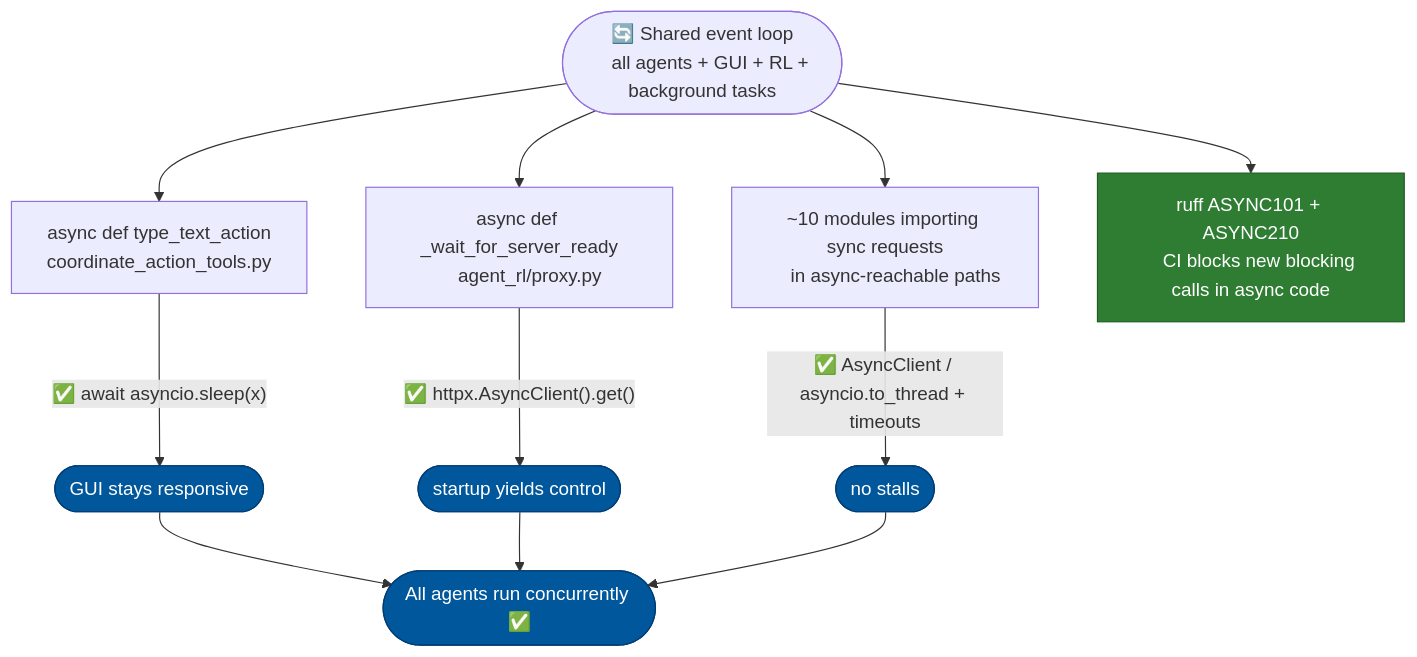
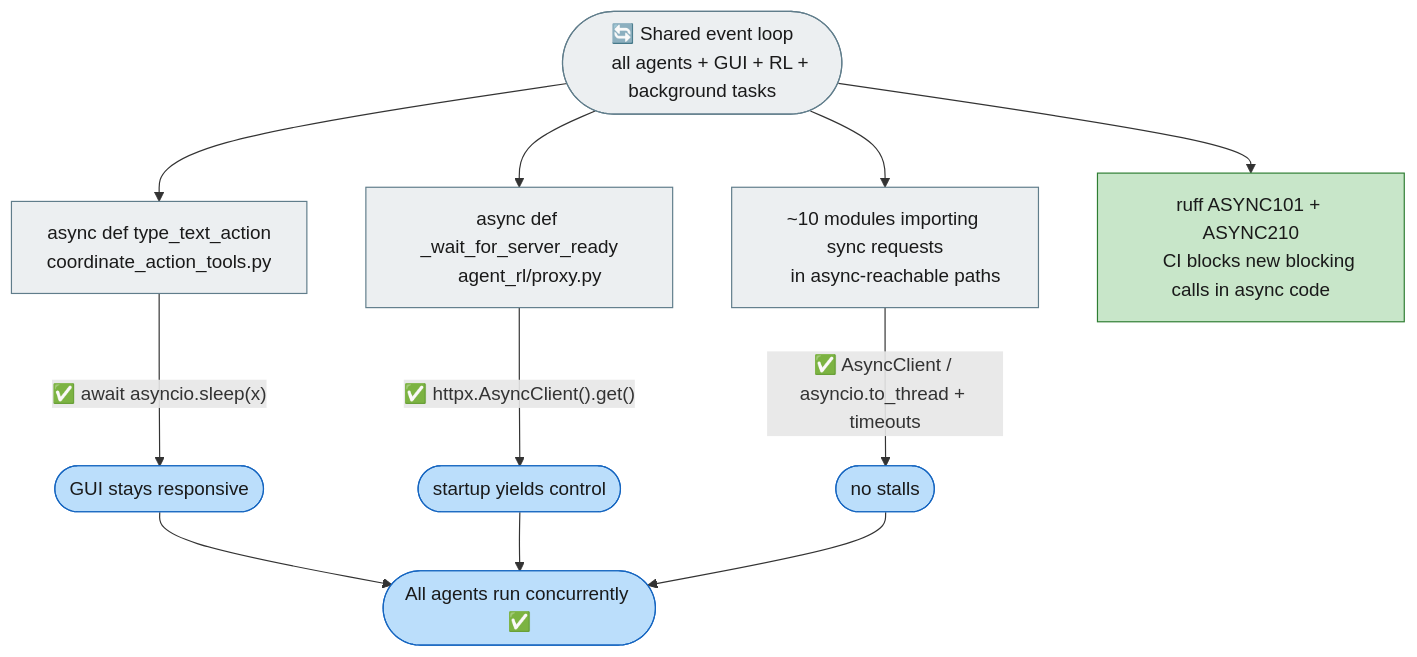
One commit to michaelatamuk/agentic-desk changed the second of 2 diagrams in docs-michael/issues/01-bug-event-loop-blocking-agent-core.md. Above: the diagram before and after it, drawn with Mermaid. The commit also changed other lines of this file and 6 other files, not shown here.

````diff
--- a/docs-michael/issues/01-bug-event-loop-blocking-agent-core.md
+++ b/docs-michael/issues/01-bug-event-loop-blocking-agent-core.md
@@ -175,24 +176,25 @@
 ```mermaid
 flowchart TD
-    classDef fix fill:#2E7D32,color:#fff,stroke:#1B5E20
-    classDef ok  fill:#01579B,color:#fff,stroke:#003c74
+    classDef fix   fill:#C8E6C9,color:#1a1a1a,stroke:#2E7D32
+    classDef ok    fill:#BBDEFB,color:#1a1a1a,stroke:#1565C0
+    classDef plain fill:#ECEFF1,color:#1a1a1a,stroke:#607D8B
 
     LOOP(["🔄 Shared event loop
-    all agents + GUI + RL + background tasks"])
+    all agents + GUI + RL + background tasks"]):::plain
 
     LOOP --> A["async def type_text_action
-    coordinate_action_tools.py"]
+    coordinate_action_tools.py"]:::plain
     LOOP --> B["async def _wait_for_server_ready
-    agent_rl/proxy.py"]
+    agent_rl/proxy.py"]:::plain
     LOOP --> C["~10 modules importing sync requests
-    in async-reachable paths"]
+    in async-reachable paths"]:::plain
 
     A -->|"✅ await asyncio.sleep(x)"| OK1(["GUI stays responsive"]):::ok
     B -->|"✅ httpx.AsyncClient().get()"| OK2(["startup yields control"]):::ok
     C -->|"✅ AsyncClient / asyncio.to_thread + timeouts"| OK3(["no stalls"]):::ok
 
     LOOP --> LINT["ruff ASYNC101 + ASYNC210
     CI blocks new blocking calls in async code"]:::fix
 
     OK1 & OK2 & OK3 --> DONE(["All agents run concurrently ✅"]):::ok
 ```
````
